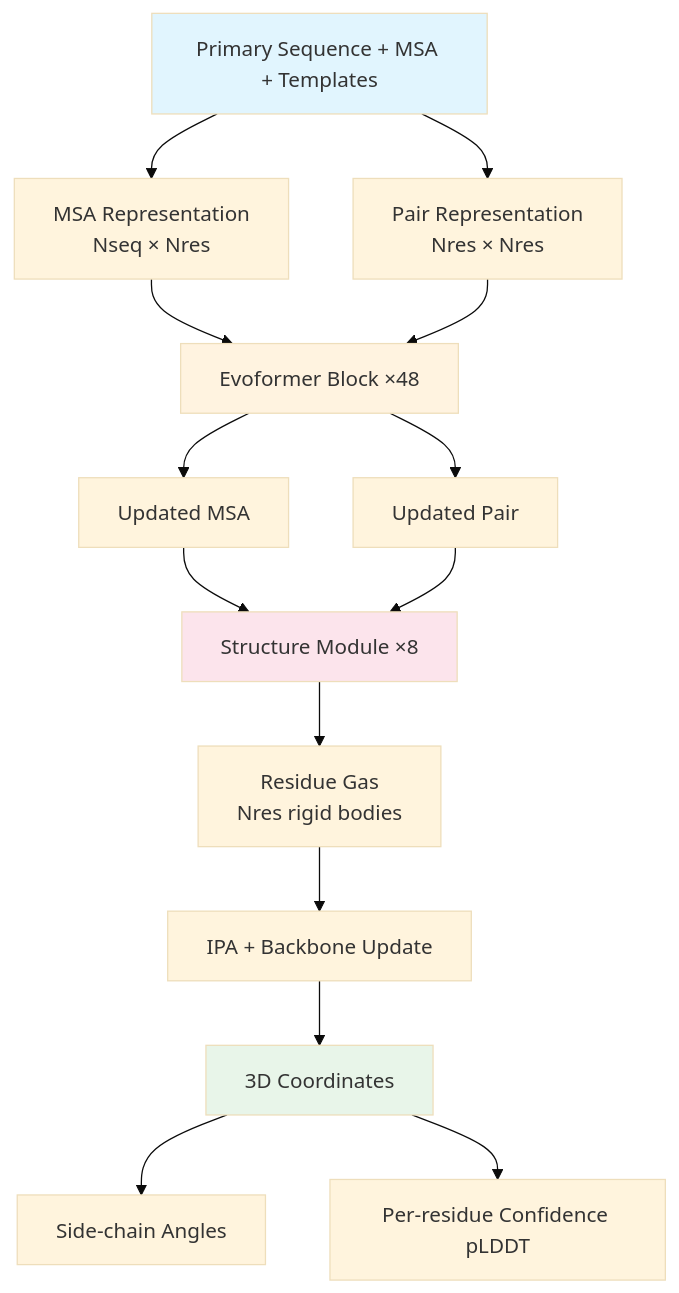
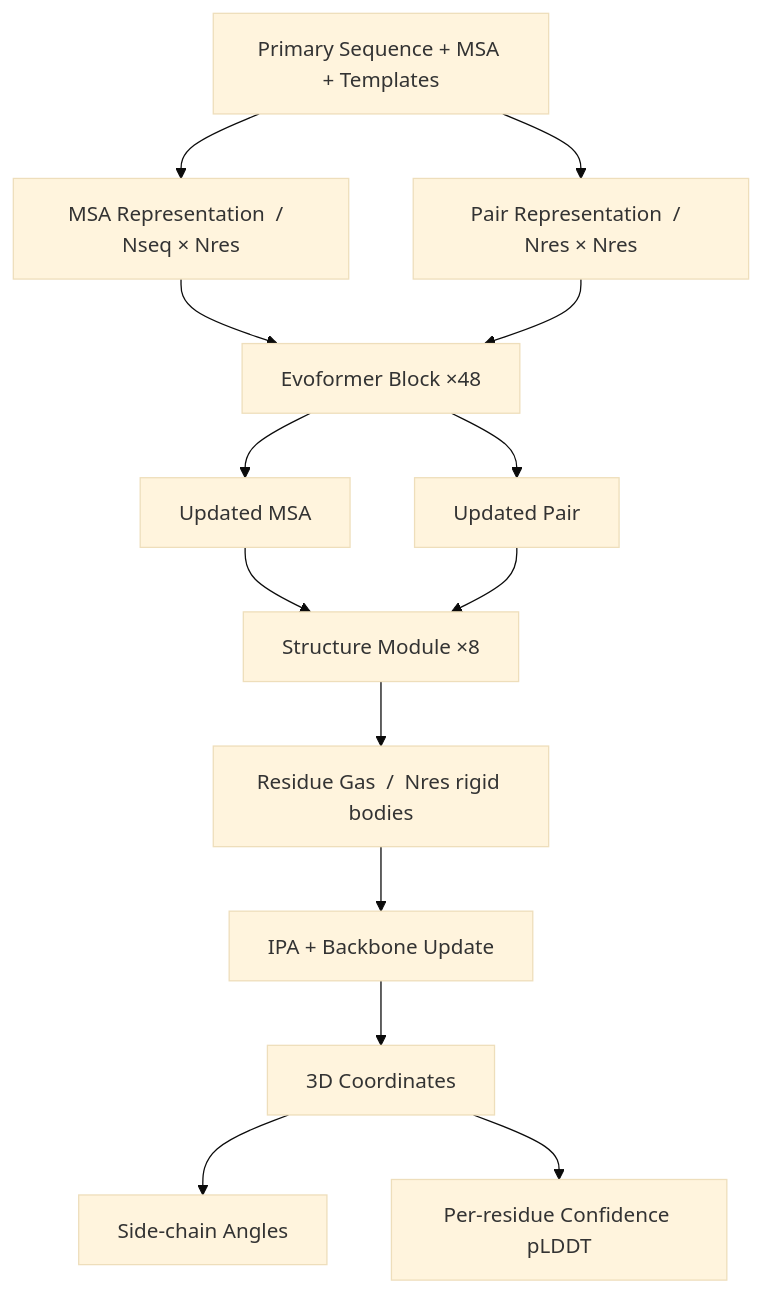
One commit to eightmm/eightmm.github.io changed the diagram in _posts/2026-02-20-alphafold2-highly-accurate-protein-structure-prediction.md. Above: the diagram before and after it, drawn with Mermaid (base theme). The commit also changed other lines of this file and 10 other files, not shown here.

````diff
--- a/_posts/2026-02-20-alphafold2-highly-accurate-protein-structure-prediction.md
+++ b/_posts/2026-02-20-alphafold2-highly-accurate-protein-structure-prediction.md
@@ -56,21 +56,17 @@
 ```mermaid
 graph TD
-    A[Primary Sequence + MSA + Templates] --> B[MSA Representation <br/> Nseq × Nres]
-    A --> C[Pair Representation <br/> Nres × Nres]
+    A[Primary Sequence + MSA + Templates] --> B["MSA Representation  /  Nseq × Nres"]
+    A --> C["Pair Representation  /  Nres × Nres"]
     B --> D[Evoformer Block ×48]
     C --> D
     D --> E[Updated MSA]
     D --> F[Updated Pair]
     E --> G[Structure Module ×8]
     F --> G
-    G --> H[Residue Gas <br/> Nres rigid bodies]
+    G --> H["Residue Gas  /  Nres rigid bodies"]
     H --> I[IPA + Backbone Update]
     I --> J[3D Coordinates]
     J --> K[Side-chain Angles]
     J --> L[Per-residue Confidence pLDDT]
     
-    style A fill:#e1f5fe
-    style J fill:#e8f5e9
-    style D fill:#fff3e0
-    style G fill:#fce4ec
 ```
````
